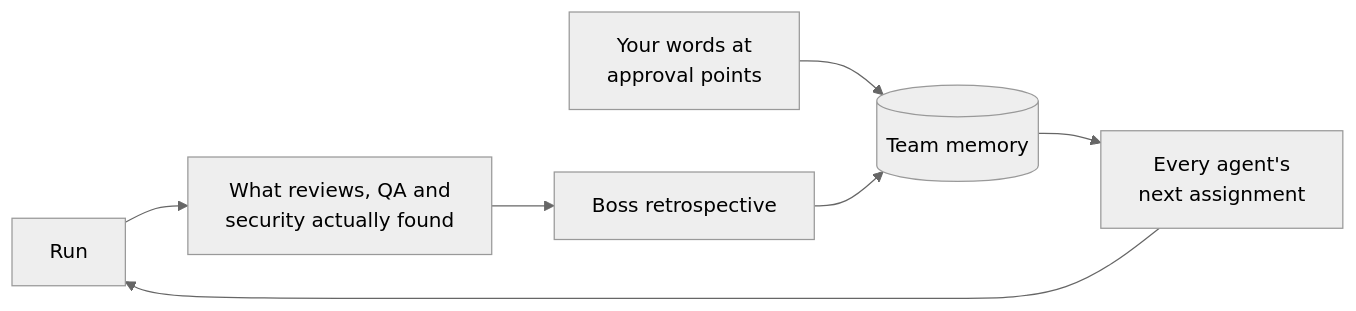
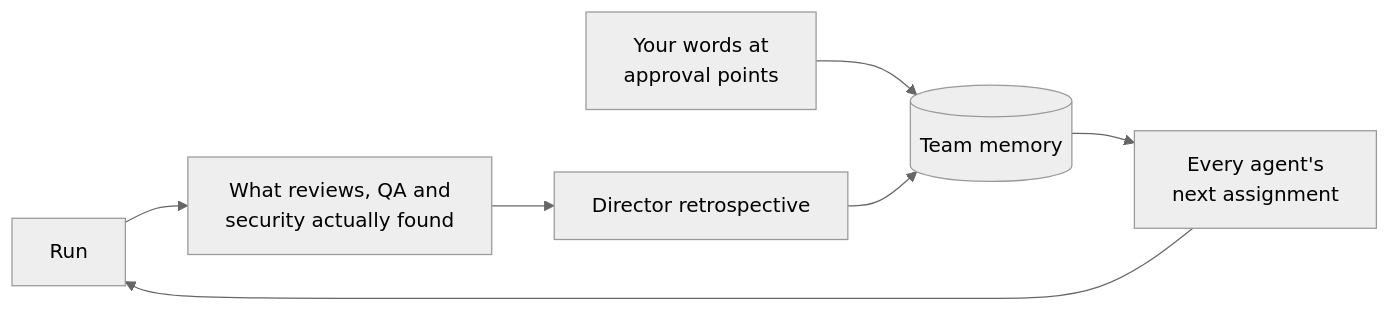
Before and after one commit to Tanmoy037/agent-harness: the third of 3 diagrams in README.md, drawn with Mermaid (neutral theme). The commit also changed other lines of this file and 46 other files, not shown here.

First line of the commit message:
Rename the boss role to director

````diff
--- a/README.md
+++ b/README.md
@@ -248,9 +248,9 @@
 ```mermaid
 flowchart LR
     R["Run"] --> F["What reviews, QA and<br/>security actually found"]
     Y["Your words at<br/>approval points"] --> M
-    F --> X["Boss retrospective"]
+    F --> X["Director retrospective"]
     X --> M[("Team memory")]
     M --> N["Every agent's<br/>next assignment"]
     N --> R
 ```
````
